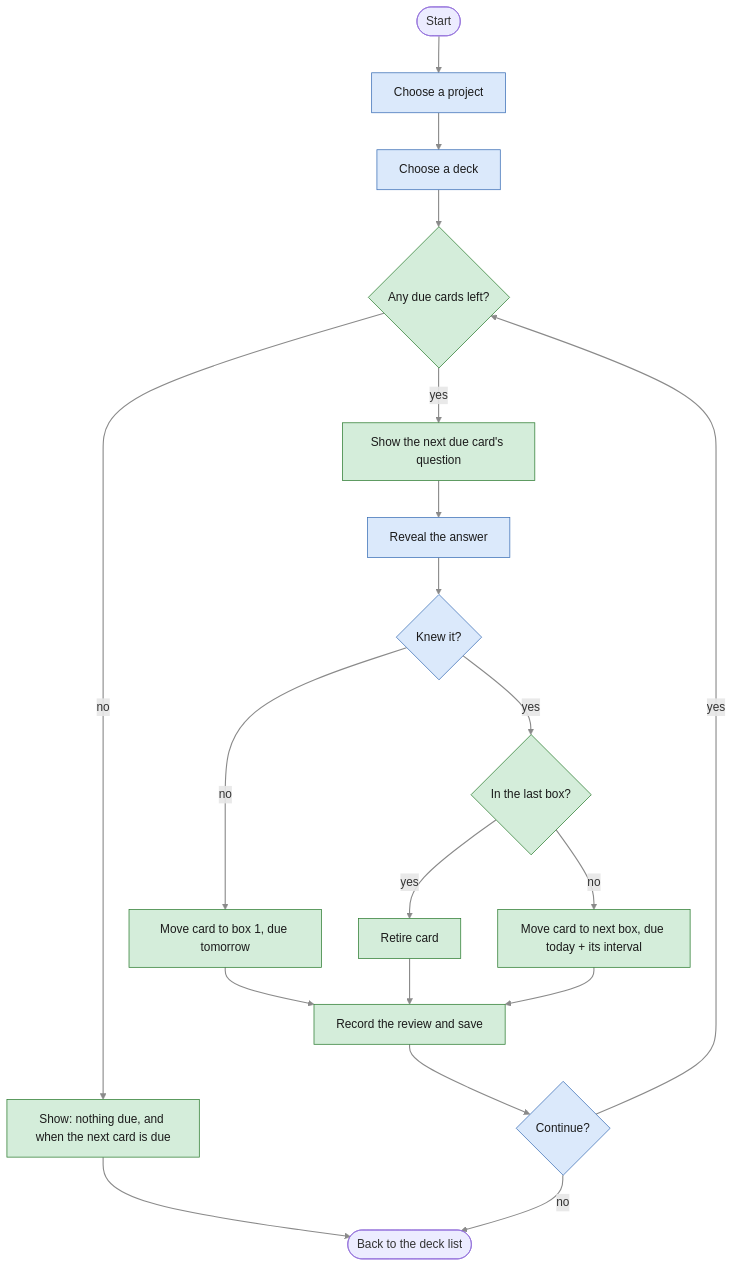
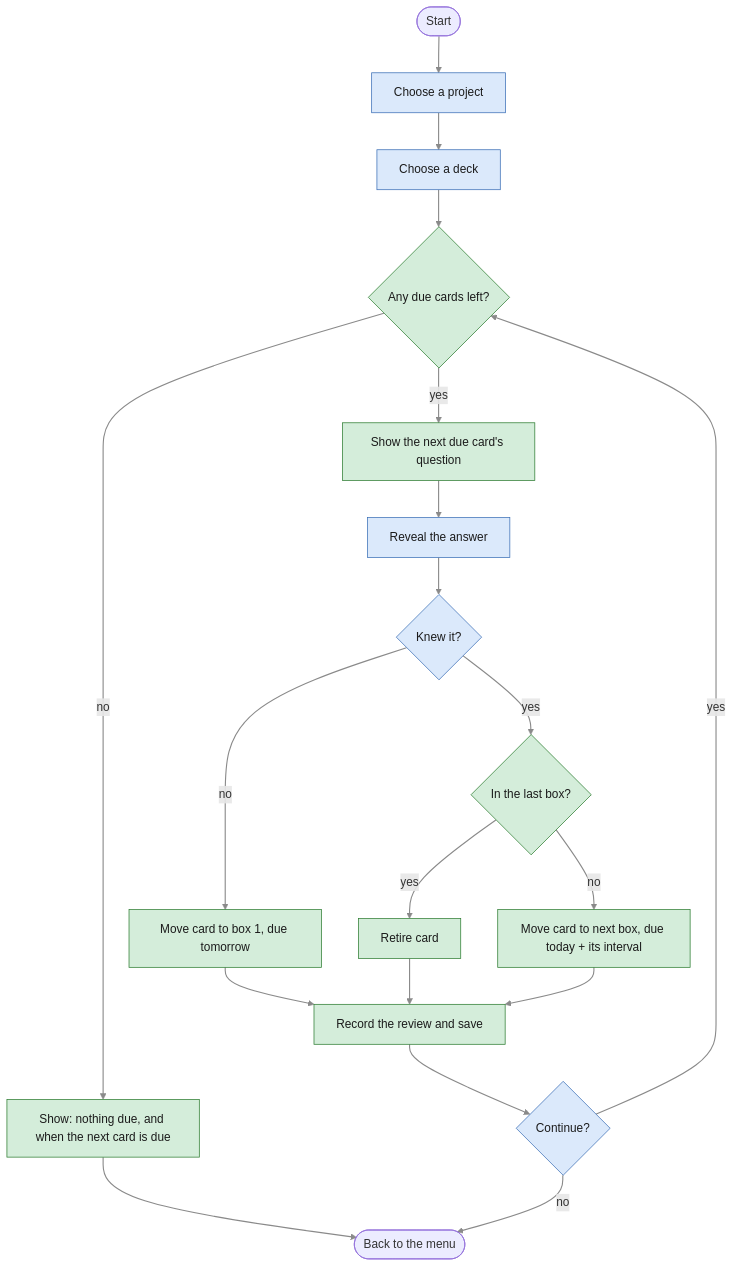
Before and after one commit to OleksandraZ/leitbox: the diagram in docs/diagrams/03-review-flow.md, drawn with Mermaid. The commit also changed other lines of this file and 4 other files, not shown here.

Commit message:
Docs: sync diagrams and roadmap with Phase 1

````diff
--- a/docs/diagrams/03-review-flow.md
+++ b/docs/diagrams/03-review-flow.md
@@ -6,32 +6,32 @@
 ```mermaid
 flowchart TD
     Start([Start]) --> P[Choose a project]
     P --> D[Choose a deck]
     D --> Q{Any due cards left?}
 
     Q -- no --> M[Show: nothing due, and when the next card is due]
-    M --> End([Back to the deck list])
+    M --> End([Back to the menu])
 
     Q -- yes --> S[Show the next due card's question]
     S --> R[Reveal the answer]
     R --> K{Knew it?}
 
     K -- no --> B1[Move card to box 1, due tomorrow]
     K -- yes --> LB{In the last box?}
     LB -- yes --> RT[Retire card]
     LB -- no --> NB[Move card to next box, due today + its interval]
 
     B1 --> SV[Record the review and save]
     RT --> SV
     NB --> SV
 
     SV --> C{Continue?}
     C -- yes --> Q
     C -- no --> End
 
     classDef learner fill:#dbe9fb,stroke:#3b6fb6,color:#1b1b1b
     classDef system fill:#d4edda,stroke:#2e7d32,color:#1b1b1b
     class P,D,R,K,C learner
     class Q,M,S,LB,B1,RT,NB,SV system
     linkStyle default stroke:#8a8a8a,stroke-width:1.5px
 ```
````
